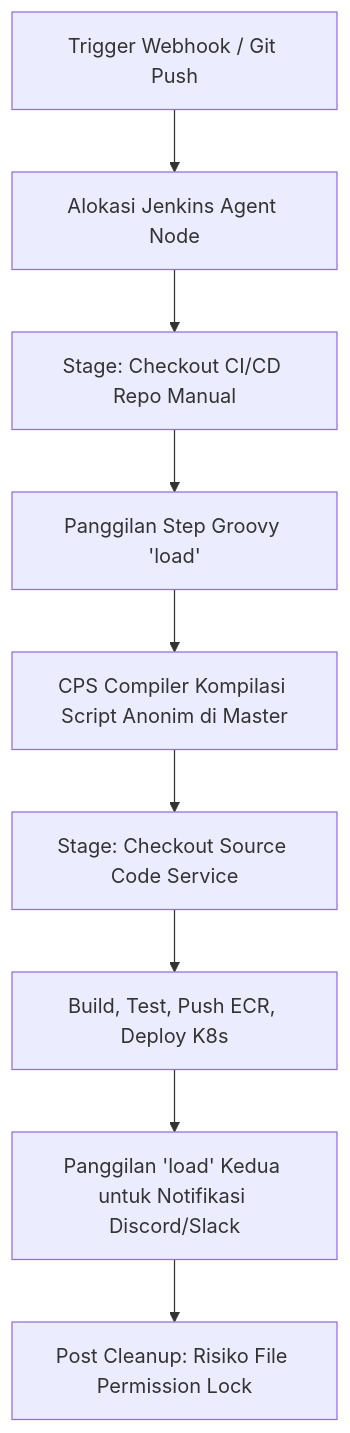
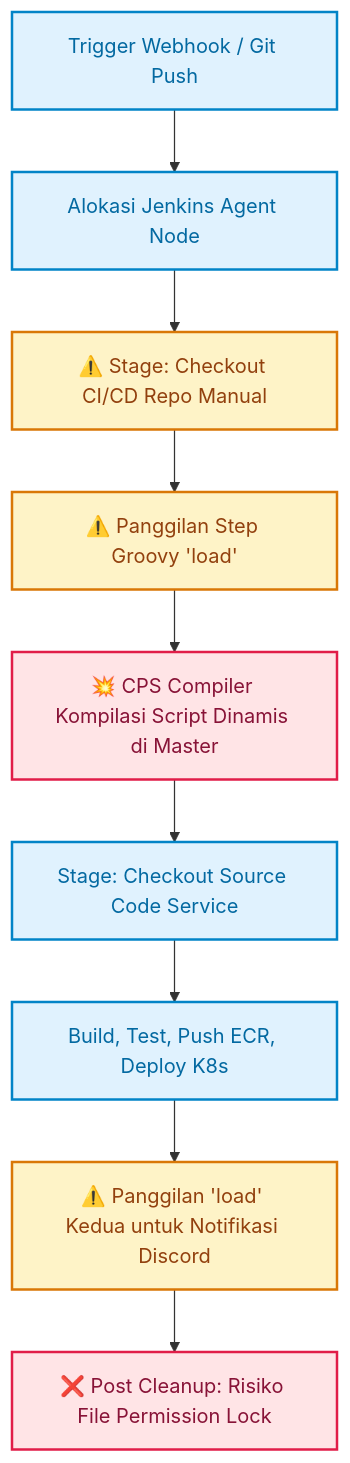
The first of 2 diagrams in _posts/2026-08-29-arsitektur-jenkins-shared-library-mengapa-groovy-load-adalah-anti-pattern.md (abdul-zailani/abdul-zailani.github.io), drawn with Mermaid before and after one commit. The commit also changed other lines of this file and 12 other files, not shown here.

Commit message:
feat(diagrams): upgrade to mermaid v11 hand-drawn excalidraw style with macos window cards

````diff
--- a/_posts/2026-08-29-arsitektur-jenkins-shared-library-mengapa-groovy-load-adalah-anti-pattern.md
+++ b/_posts/2026-08-29-arsitektur-jenkins-shared-library-mengapa-groovy-load-adalah-anti-pattern.md
@@ -80,11 +80,19 @@
 ```mermaid
 graph TD
     A[Trigger Webhook / Git Push] --> B[Alokasi Jenkins Agent Node]
-    B --> C[Stage: Checkout CI/CD Repo Manual]
-    C --> D[Panggilan Step Groovy 'load']
-    D --> E[CPS Compiler Kompilasi Script Anonim di Master]
+    B --> C[⚠️ Stage: Checkout CI/CD Repo Manual]
+    C --> D[⚠️ Panggilan Step Groovy 'load']
+    D --> E[💥 CPS Compiler Kompilasi Script Dinamis di Master]
     E --> F[Stage: Checkout Source Code Service]
     F --> G[Build, Test, Push ECR, Deploy K8s]
-    G --> H[Panggilan 'load' Kedua untuk Notifikasi Discord/Slack]
-    H --> I[Post Cleanup: Risiko File Permission Lock]
+    G --> H[⚠️ Panggilan 'load' Kedua untuk Notifikasi Discord]
+    H --> I[❌ Post Cleanup: Risiko File Permission Lock]
+
+    classDef error fill:#FFE4E6,stroke:#E11D48,stroke-width:2px,color:#881337;
+    classDef warning fill:#FEF3C7,stroke:#D97706,stroke-width:2px,color:#92400E;
+    classDef primary fill:#E0F2FE,stroke:#0284C7,stroke-width:2px,color:#0369A1;
+
+    class A,B,F,G primary;
+    class C,D,H warning;
+    class E,I error;
 ```
````
